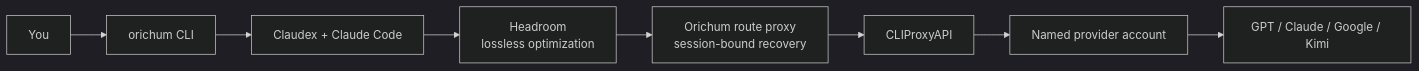
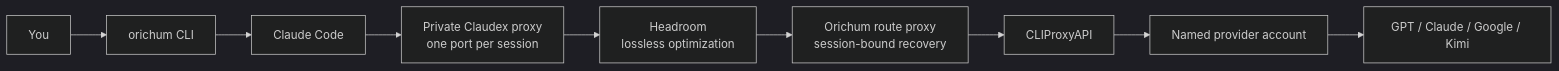
One commit to orichum/claudex-workflow changed the first of 3 diagrams in README.md. Above: the diagram before and after it, drawn with Mermaid (dark theme). The commit also changed other lines of this file and 23 other files, not shown here.

````diff
--- a/README.md
+++ b/README.md
@@ -236,10 +252,11 @@
 ```mermaid
 flowchart LR
     U["You"] --> O["orichum CLI"]
-    O --> C["Claudex + Claude Code"]
-    C --> H["Headroom<br/>lossless optimization"]
+    O --> C["Claude Code"]
+    C --> X["Private Claudex proxy<br/>one port per session"]
+    X --> H["Headroom<br/>lossless optimization"]
     H --> R["Orichum route proxy<br/>session-bound recovery"]
     R --> P["CLIProxyAPI"]
     P --> A["Named provider account"]
     A --> M["GPT / Claude / Google / Kimi"]
 ```
````
